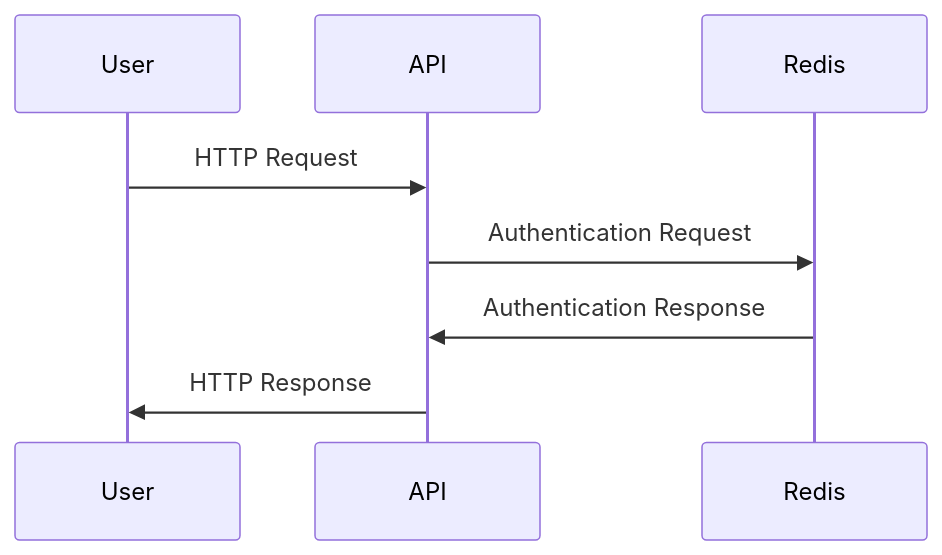
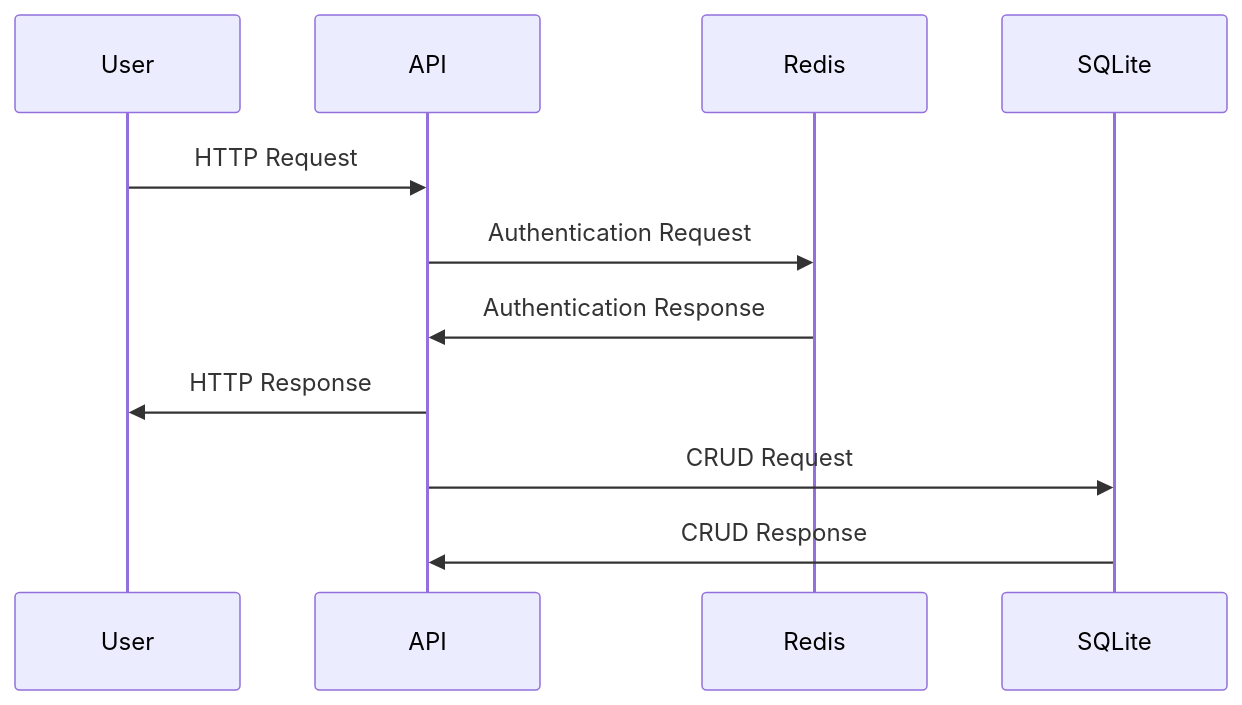
The diagram in README.md (Harry-Ramsey/REST-API), drawn with Mermaid before and after one commit. The commit also changed other lines of this file and 2 other files, not shown here.

First line of the commit message:
Update API to be pokemon based

````diff
--- a/README.md
+++ b/README.md
@@ -4,7 +4,9 @@
 ```mermaid
 sequenceDiagram
 User->>API: HTTP Request
 API->>Redis: Authentication Request
 Redis->>API: Authentication Response
 API->>User: HTTP Response 
+API->>SQLite: CRUD Request
+SQLite->>API: CRUD Response
 ```
````
